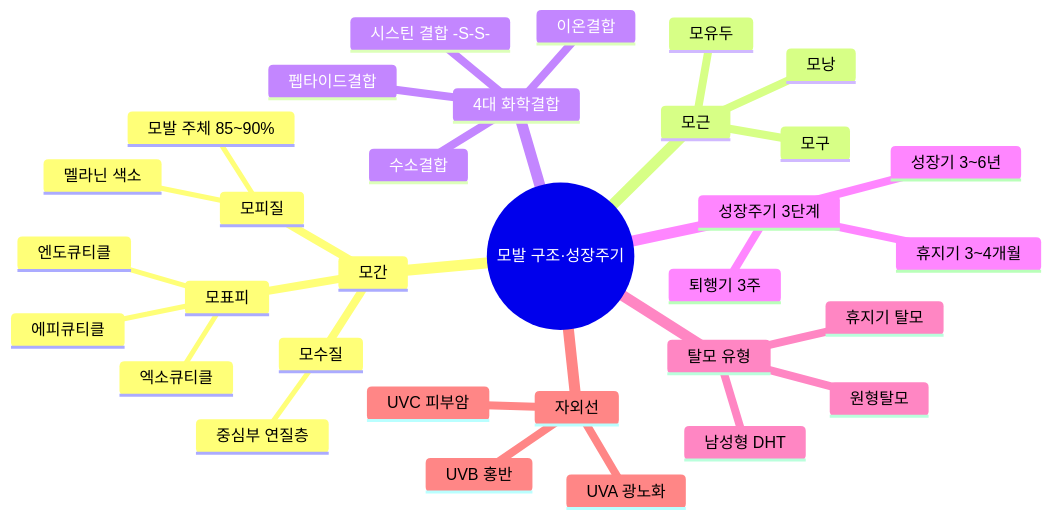
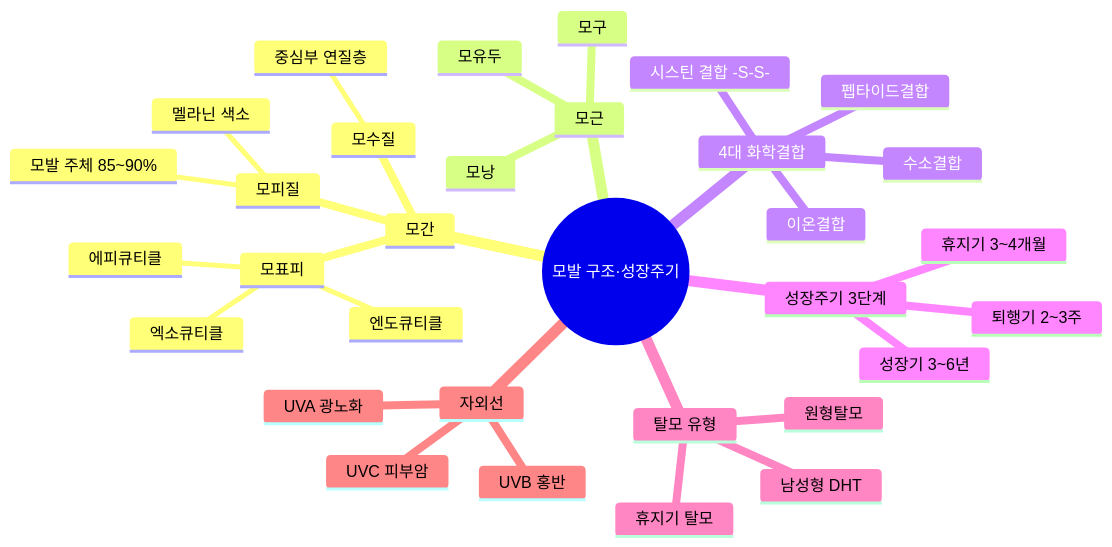
One commit to skygoldlee-cyber/passok changed the fifth of 15 diagrams in content/exams/cosmetic/교재/understanding/4과목_맞춤형화장품의이해_이야기형.md. Above: the diagram before and after it, drawn with Mermaid. The commit also changed other lines of this file and 14 other files, not shown here.

````diff
--- a/content/exams/cosmetic/교재/understanding/4과목_맞춤형화장품의이해_이야기형.md
+++ b/content/exams/cosmetic/교재/understanding/4과목_맞춤형화장품의이해_이야기형.md
@@ -1475,35 +1477,35 @@
 ```mermaid
 mindmap
  root((모발 구조·성장주기))
   모간
    모표피
     에피큐티클
     엑소큐티클
     엔도큐티클
    모피질
     모발 주체 85~90%
     멜라닌 색소
    모수질
     중심부 연질층
   모근
    모낭
    모구
    모유두
   4대 화학결합
    시스틴 결합 -S-S-
    이온결합
    수소결합
    펩타이드결합
   성장주기 3단계
    성장기 3~6년
-   퇴행기 3주
+   퇴행기 2~3주
    휴지기 3~4개월
   탈모 유형
    남성형 DHT
    원형탈모
    휴지기 탈모
   자외선
    UVA 광노화
    UVB 홍반
    UVC 피부암
 ```
````
